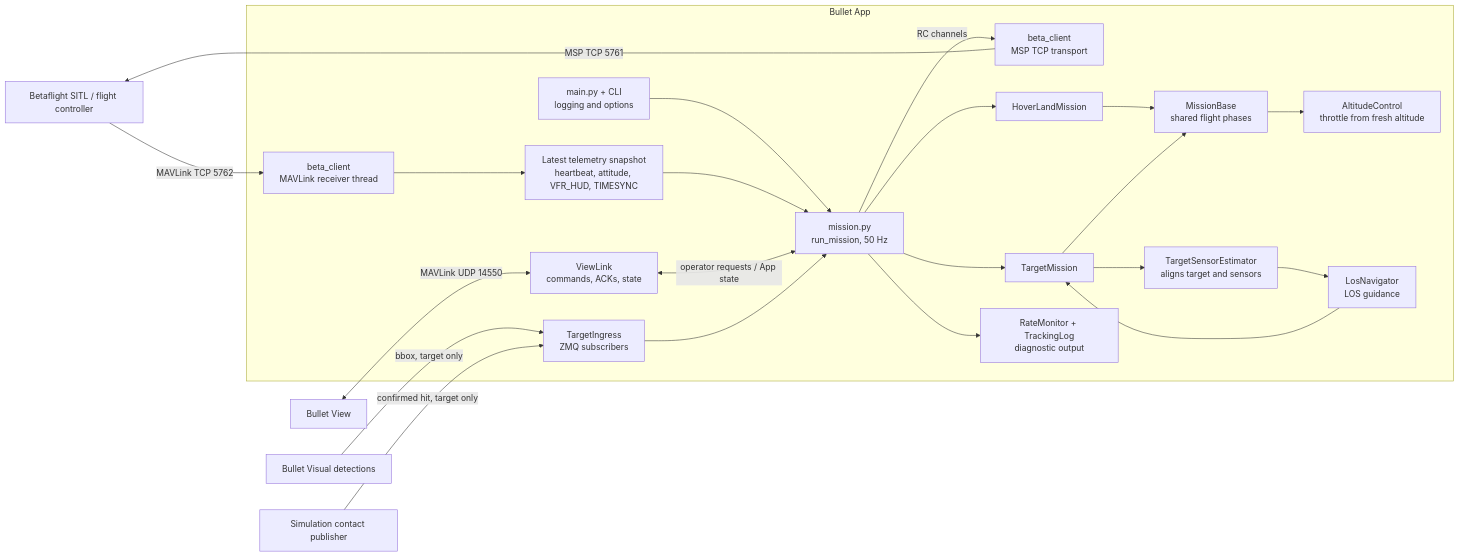
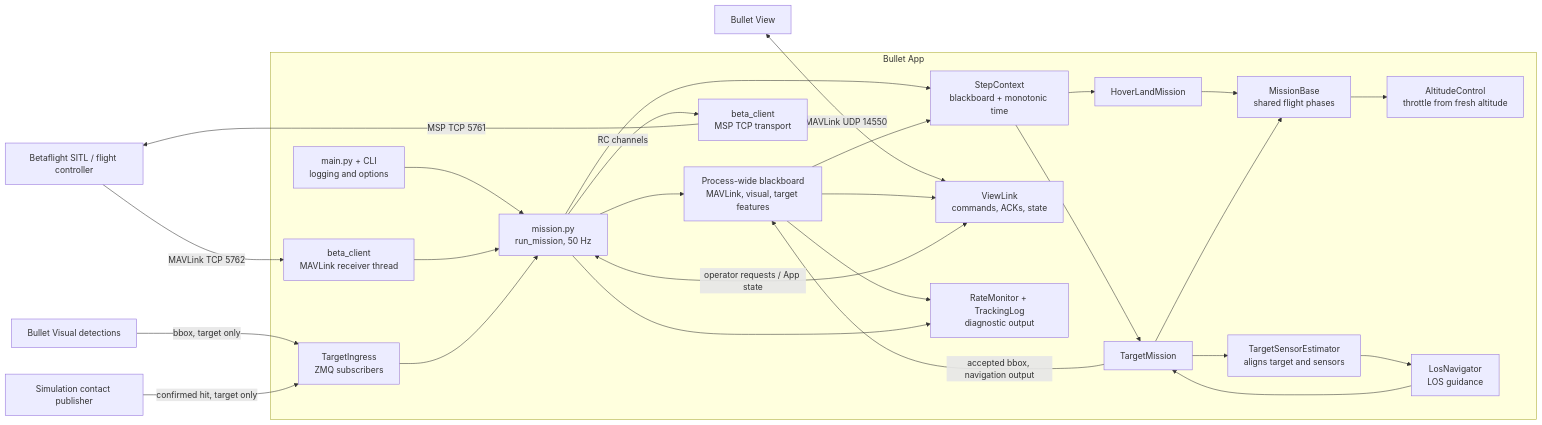
Before and after one commit to mayaboker/bullet_app: the first of 2 diagrams in docs/mission-control-loop.md, drawn with Mermaid. The commit also changed other lines of this file and 24 other files, not shown here.

````diff
--- a/docs/mission-control-loop.md
+++ b/docs/mission-control-loop.md
@@ -7,41 +7,46 @@
 ```mermaid
 flowchart LR
     FC["Betaflight SITL / flight controller"]
     View["Bullet View"]
     Visual["Bullet Visual detections"]
     Contact["Simulation contact publisher"]
 
     subgraph App["Bullet App"]
         Entry["main.py + CLI<br/>logging and options"]
         Runner["mission.py<br/>run_mission, 50 Hz"]
         Telemetry["beta_client<br/>MAVLink receiver thread"]
-        Snapshot["Latest telemetry snapshot<br/>heartbeat, attitude, VFR_HUD, TIMESYNC"]
+        Blackboard["Process-wide blackboard<br/>MAVLink, visual, target features"]
+        Context["StepContext<br/>blackboard + monotonic time"]
         Msp["beta_client<br/>MSP TCP transport"]
         Link["ViewLink<br/>commands, ACKs, state"]
         Ingress["TargetIngress<br/>ZMQ subscribers"]
         Hover["HoverLandMission"]
         Target["TargetMission"]
         Base["MissionBase<br/>shared flight phases"]
         Altitude["AltitudeControl<br/>throttle from fresh altitude"]
         Estimator["TargetSensorEstimator<br/>aligns target and sensors"]
         Navigator["LosNavigator<br/>LOS guidance"]
         Diagnostics["RateMonitor + TrackingLog<br/>diagnostic output"]
     end
 
     Entry --> Runner
     FC -->|"MAVLink TCP 5762"| Telemetry
-    Telemetry --> Snapshot --> Runner
+    Telemetry --> Runner --> Blackboard
+    Runner --> Context --> Hover
+    Context --> Target
+    Blackboard --> Context
     Runner -->|"RC channels"| Msp -->|"MSP TCP 5761"| FC
     View <-->|"MAVLink UDP 14550"| Link
     Link <-->|"operator requests / App state"| Runner
     Visual -->|"bbox, target only"| Ingress
     Contact -->|"confirmed hit, target only"| Ingress
     Ingress --> Runner
-    Runner --> Hover
-    Runner --> Target
     Hover --> Base
     Target --> Base
     Base --> Altitude
     Target --> Estimator --> Navigator --> Target
+    Target -->|"accepted bbox, navigation output"| Blackboard
+    Blackboard --> Link
+    Blackboard --> Diagnostics
     Runner --> Diagnostics
 ```
````
